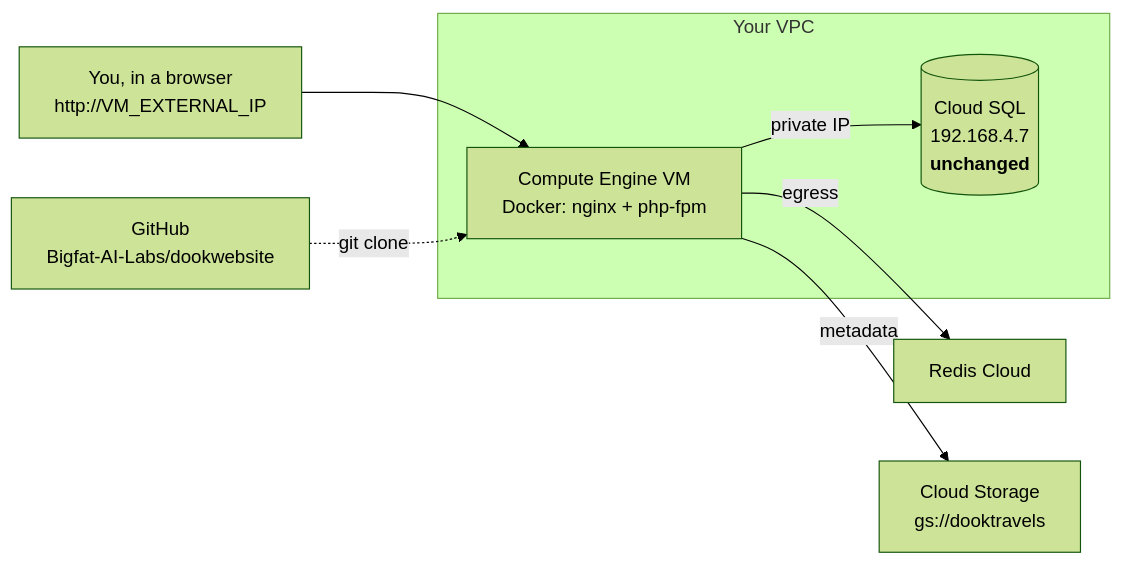
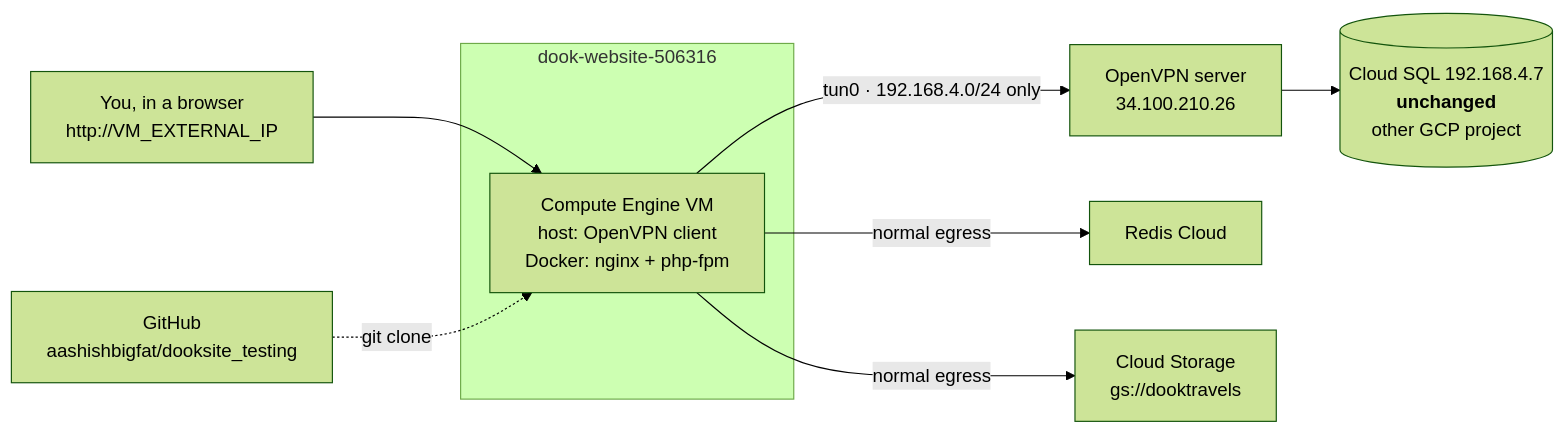
Before and after one commit to aashishbigfat/dooksite_testing: the diagram in explainers/gcp_hosting_guide.md, drawn with Mermaid (forest theme). The commit also changed other lines of this file and 17 other files, not shown here.

First line of the commit message:
Add GCP deployment, VPN tunnel and TLS configuration

````diff
--- a/explainers/gcp_hosting_guide.md
+++ b/explainers/gcp_hosting_guide.md
@@ -17,12 +39,12 @@
 ```mermaid
 flowchart LR
     U["You, in a browser<br/>http://VM_EXTERNAL_IP"] --> VM
-    subgraph VPC["Your VPC"]
-        VM["Compute Engine VM<br/>Docker: nginx + php-fpm"]
-        SQL[("Cloud SQL<br/>192.168.4.7<br/><b>unchanged</b>")]
-        VM -->|private IP| SQL
+    subgraph GCP["dook-website-506316"]
+        VM["Compute Engine VM<br/>host: OpenVPN client<br/>Docker: nginx + php-fpm"]
     end
-    VM -->|egress| R["Redis Cloud"]
-    VM -->|metadata| GCS["Cloud Storage<br/>gs://dooktravels"]
-    GH["GitHub<br/>Bigfat-AI-Labs/dookwebsite"] -.->|git clone| VM
+    VM -->|"tun0 · 192.168.4.0/24 only"| AS["OpenVPN server<br/>34.100.210.26"]
+    AS --> SQL[("Cloud SQL 192.168.4.7<br/><b>unchanged</b><br/>other GCP project")]
+    VM -->|normal egress| R["Redis Cloud"]
+    VM -->|normal egress| GCS["Cloud Storage<br/>gs://dooktravels"]
+    GH["GitHub<br/>aashishbigfat/dooksite_testing"] -.->|git clone| VM
 ```
````
